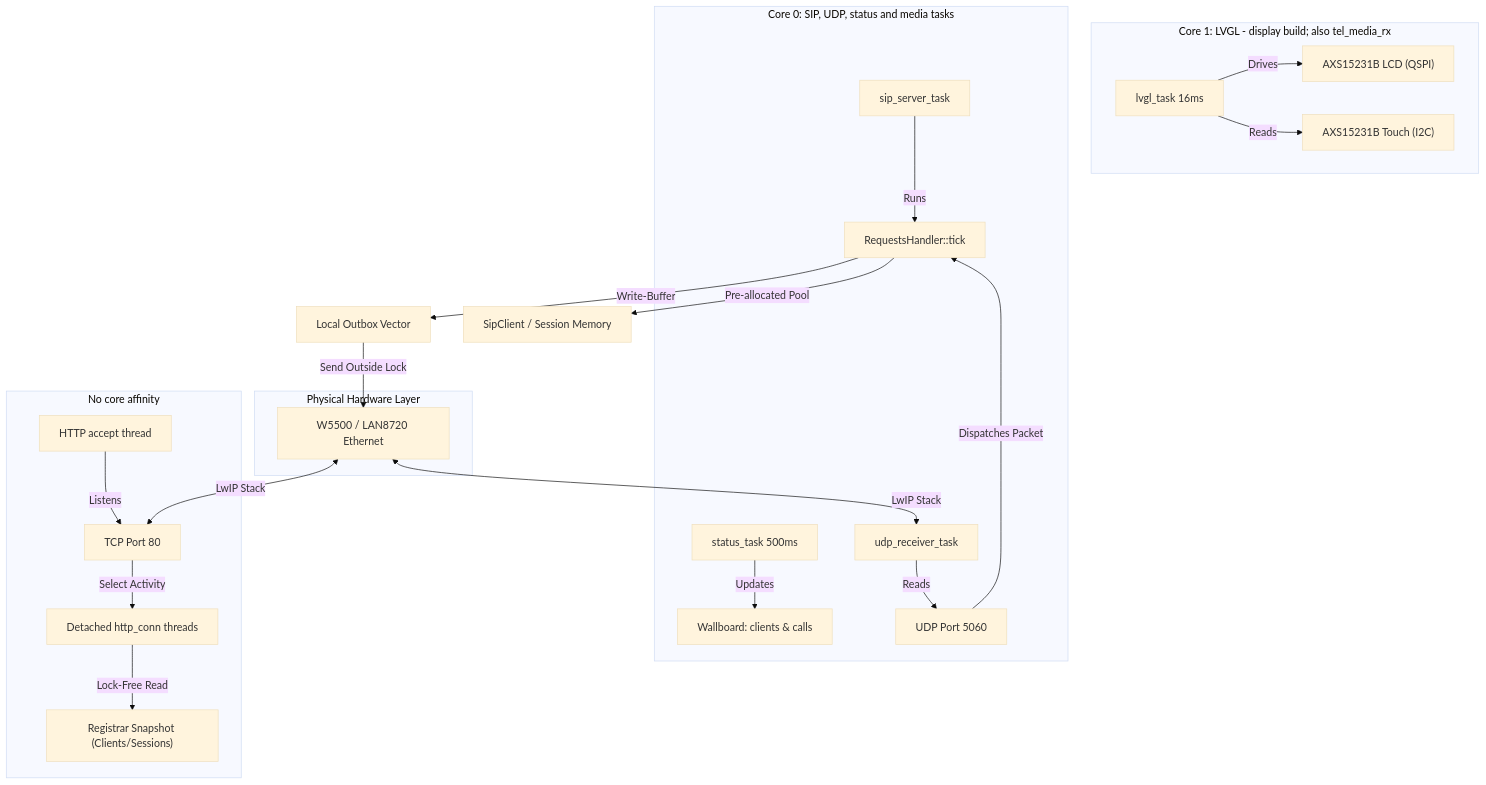
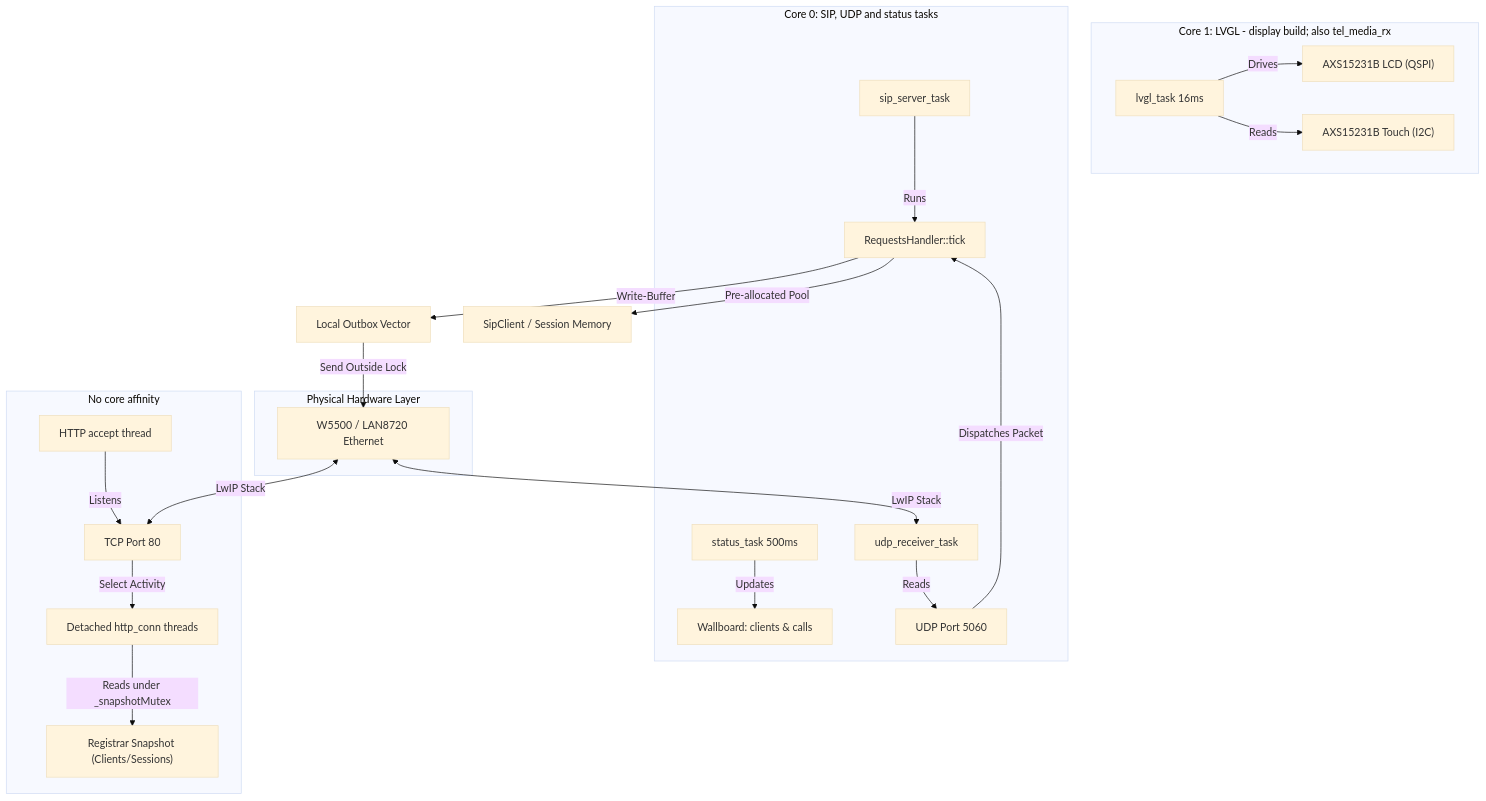
The first of 3 diagrams in docs/ARCHITECTURE.md (GlomarGadaffi/pocket-dial), drawn with Mermaid (base theme) before and after one commit. The commit also changed other lines of this file and 17 other files, not shown here.

````diff
--- a/docs/ARCHITECTURE.md
+++ b/docs/ARCHITECTURE.md
@@ -23,31 +23,31 @@
 ```mermaid
 graph TD
     subgraph Core 1 [Core 1: LVGL - display build; also tel_media_rx]
         A[lvgl_task 16ms] -->|Drives| B["AXS15231B LCD (QSPI)"]
         A -->|Reads| C["AXS15231B Touch (I2C)"]
     end
 
-    subgraph Core 0 [Core 0: SIP, UDP, status and media tasks]
+    subgraph Core 0 [Core 0: SIP, UDP and status tasks]
         D[sip_server_task] -->|Runs| E[RequestsHandler::tick]
         J[status_task 500ms] -->|Updates| K[Wallboard: clients & calls]
         L[udp_receiver_task] -->|Reads| M[UDP Port 5060]
     end
 
     subgraph Unpinned [No core affinity]
         F["HTTP accept thread"] -->|Listens| G[TCP Port 80]
         G -->|Select Activity| H["Detached http_conn threads"]
-        H -->|Lock-Free Read| I["Registrar Snapshot (Clients/Sessions)"]
+        H -->|Reads under _snapshotMutex| I["Registrar Snapshot (Clients/Sessions)"]
     end
 
     subgraph Hardware [Physical Hardware Layer]
         B
         C
         N["W5500 / LAN8720 Ethernet"] <-->|LwIP Stack| L
         N <-->|LwIP Stack| G
     end
 
     E -->|Pre-allocated Pool| O[SipClient / Session Memory]
     M -->|Dispatches Packet| E
     E -->|Write-Buffer| P[Local Outbox Vector]
     P -->|Send Outside Lock| N
 ```
````
